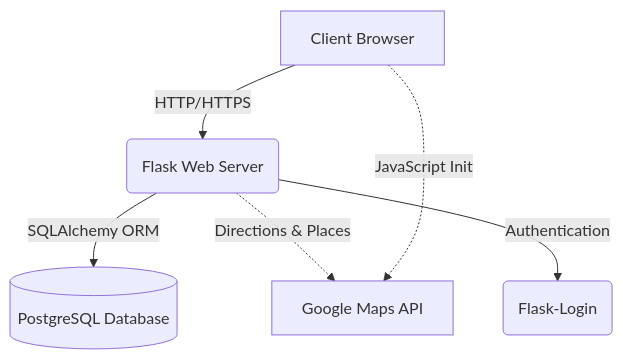
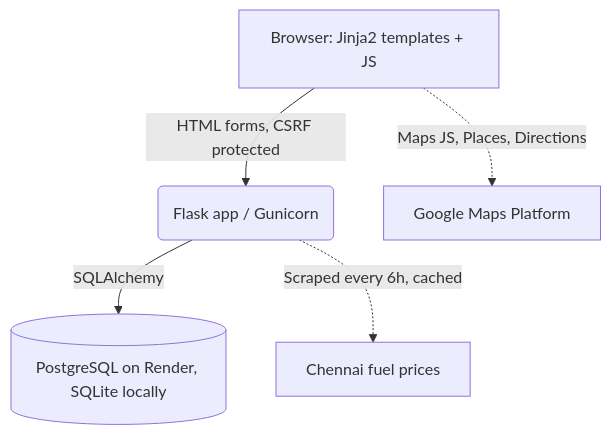
One commit to sarvesh-raam/BroLift changed the diagram in README.md. Above: the diagram before and after it, drawn with Mermaid. The commit also changed other lines of this file and 27 other files, not shown here.

First line of the commit message:
fix: security hardening, bug fixes, full schema migration, and tests

````diff
--- a/README.md
+++ b/README.md
@@ -29,8 +27,7 @@
 ```mermaid
 graph TD
-    A[Client Browser] -->|HTTP/HTTPS| B(Flask Web Server)
-    B -->|SQLAlchemy ORM| C[(PostgreSQL Database)]
-    B -.->|Directions & Places| D[Google Maps API]
-    A -.->|JavaScript Init| D
-    B -->|Authentication| E(Flask-Login)
+    A[Browser: Jinja2 templates + JS] -->|HTML forms, CSRF protected| B(Flask app / Gunicorn)
+    B -->|SQLAlchemy| C[(PostgreSQL on Render, SQLite locally)]
+    A -.->|Maps JS, Places, Directions| D[Google Maps Platform]
+    B -.->|Scraped every 6h, cached| E[Chennai fuel prices]
 ```
````
